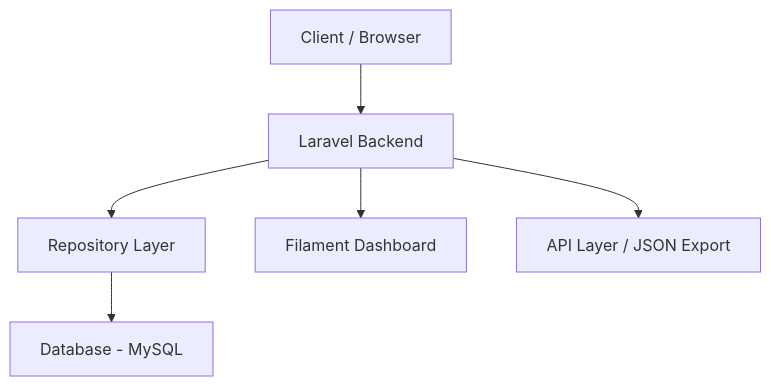
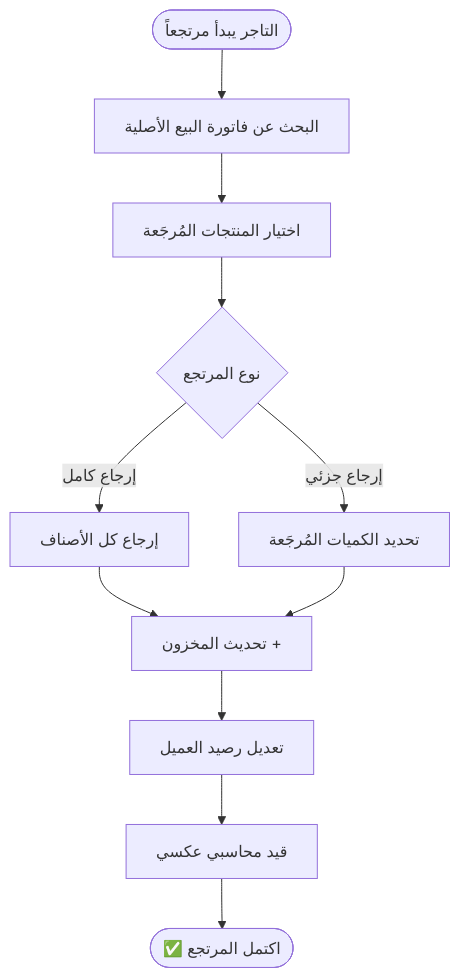
Before and after one commit to YacoubAl-hardari/shop: the third of 7 diagrams in README.md, drawn with Mermaid. The commit also changed other lines of this file, not shown here.

````diff
--- a/README.md
+++ b/README.md
@@ -118,8 +137,13 @@
 ```mermaid
-graph TD
-    A[Client / Browser] --> B[Laravel Backend]
-    B --> C[Repository Layer]
-    C --> D[Database - MySQL]
-    B --> E[Filament Dashboard]
-    B --> F[API Layer / JSON Export]
+flowchart TD
+    A([التاجر يبدأ مرتجعاً]) --> B[البحث عن فاتورة البيع الأصلية]
+    B --> C[اختيار المنتجات المُرجَعة]
+    C --> D{نوع المرتجع}
+    D -- إرجاع كامل --> E[إرجاع كل الأصناف]
+    D -- إرجاع جزئي --> F[تحديد الكميات المُرجَعة]
+    E --> G[تحديث المخزون +]
+    F --> G
+    G --> H[تعديل رصيد العميل]
+    H --> I[قيد محاسبي عكسي]
+    I --> J([✅ اكتمل المرتجع])
 ```
````
